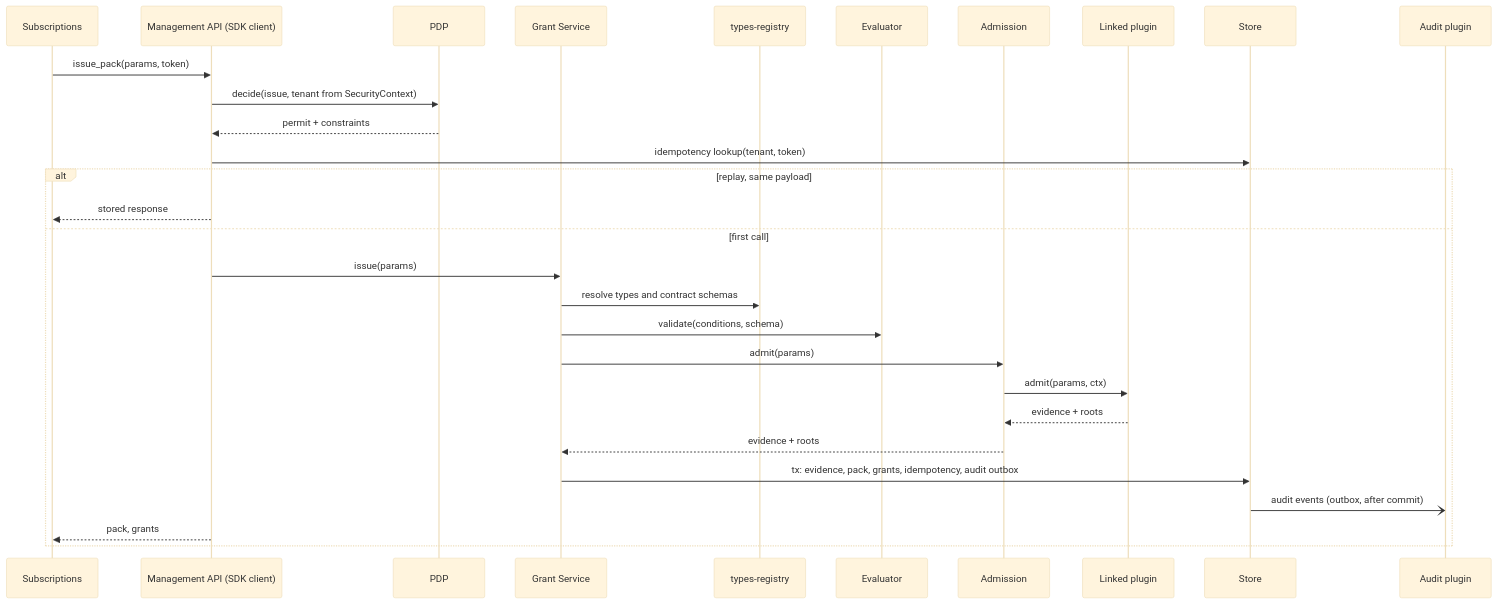
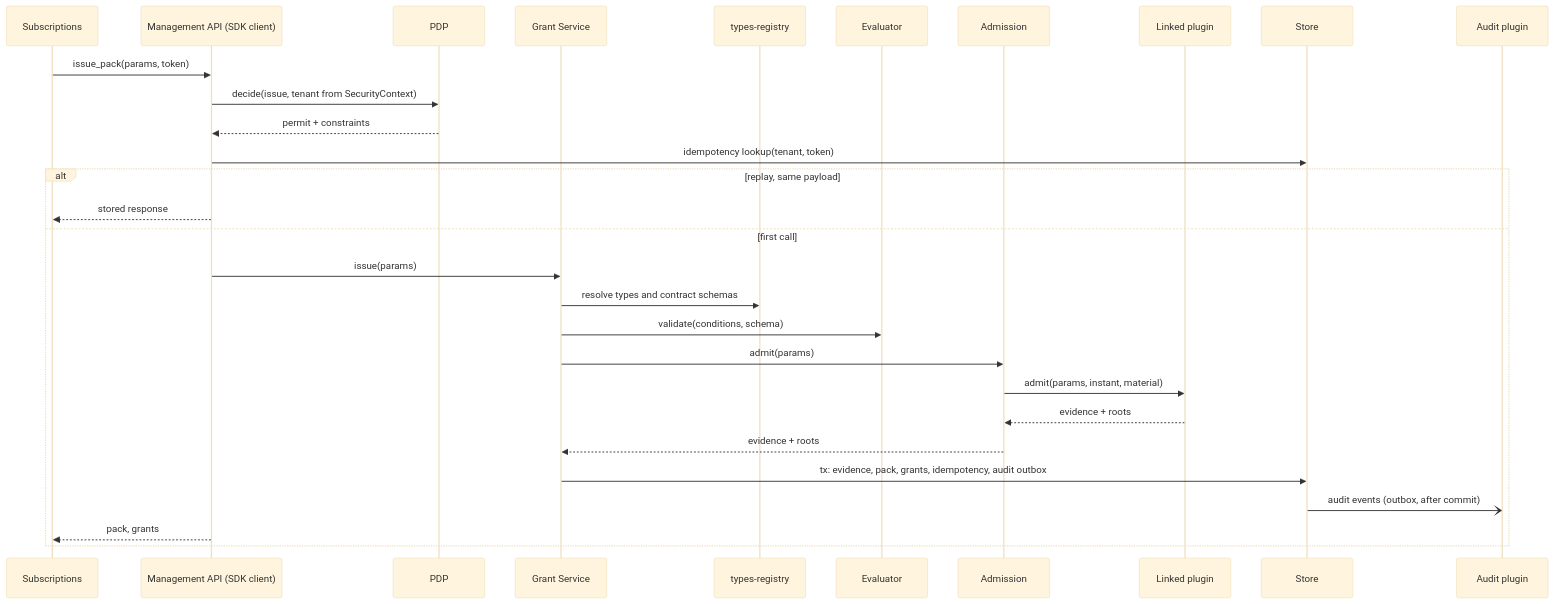
The fourth of 5 diagrams in gears/system/license-enforcement/docs/DESIGN.md (AndIConstructor/gears-rust), drawn with Mermaid (base theme) before and after one commit. The commit also changed other lines of this file and 8 other files, not shown here.

````diff
--- a/gears/system/license-enforcement/docs/DESIGN.md
+++ b/gears/system/license-enforcement/docs/DESIGN.md
@@ -871,31 +876,31 @@
 ```mermaid
 sequenceDiagram
     participant B as Subscriptions
     participant API as Management API (SDK client)
     participant P as PDP
     participant G as Grant Service
     participant TR as types-registry
     participant E as Evaluator
     participant AD as Admission
     participant PL as Linked plugin
     participant S as Store
     participant AU as Audit plugin
     B ->> API: issue_pack(params, token)
     API ->> P: decide(issue, tenant from SecurityContext)
     P -->> API: permit + constraints
     API ->> S: idempotency lookup(tenant, token)
     alt replay, same payload
         API -->> B: stored response
     else first call
         API ->> G: issue(params)
         G ->> TR: resolve types and contract schemas
         G ->> E: validate(conditions, schema)
         G ->> AD: admit(params)
-        AD ->> PL: admit(params, ctx)
+        AD ->> PL: admit(params, instant, material)
         PL -->> AD: evidence + roots
         AD -->> G: evidence + roots
         G ->> S: tx: evidence, pack, grants, idempotency, audit outbox
         S -) AU: audit events (outbox, after commit)
         API -->> B: pack, grants
     end
 ```
````
